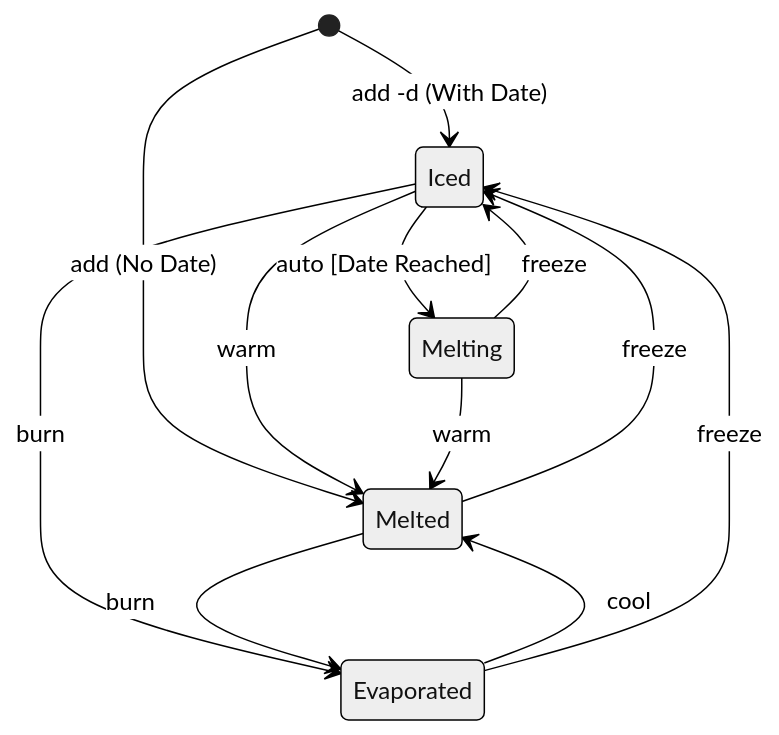
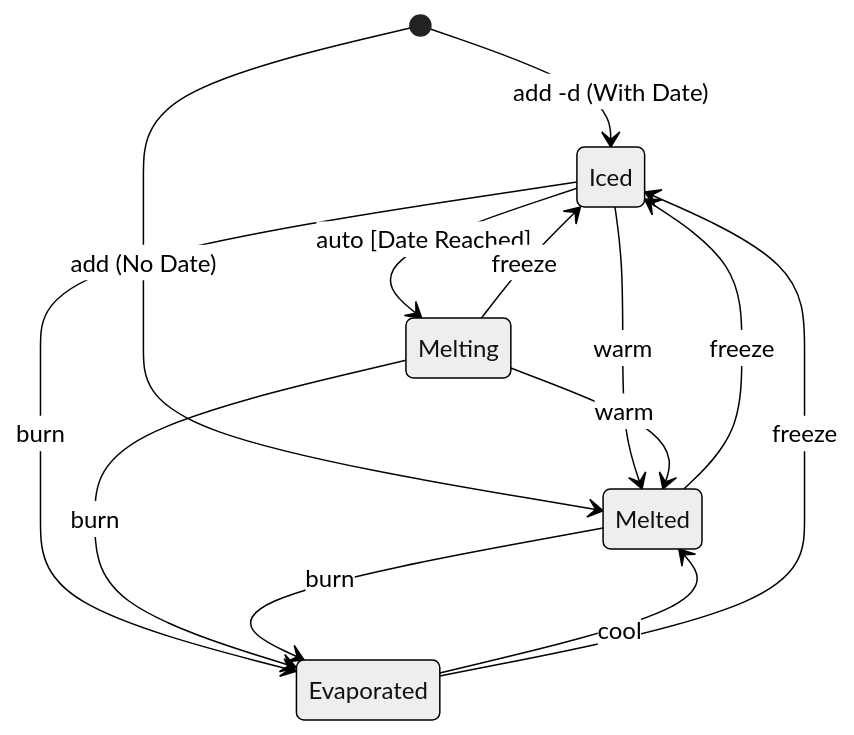
Before and after one commit to x-color/kelvin: the diagram in README.md, drawn with Mermaid (neutral theme). The commit also changed other lines of this file, not shown here.

````diff
--- a/README.md
+++ b/README.md
@@ -16,14 +16,15 @@
 ```mermaid
 stateDiagram-v2
     [*] --> Iced: add -d (With Date)
     [*] --> Melted: add (No Date)
     Iced --> Melting: auto [Date Reached]
     Iced --> Melted: warm
     Melting --> Melted: warm
     Melting --> Iced: freeze
     Melted --> Iced: freeze
     Iced --> Evaporated: burn
+    Melting --> Evaporated: burn
     Melted --> Evaporated: burn
     Evaporated --> Melted: cool
     Evaporated --> Iced: freeze
 ```
````
